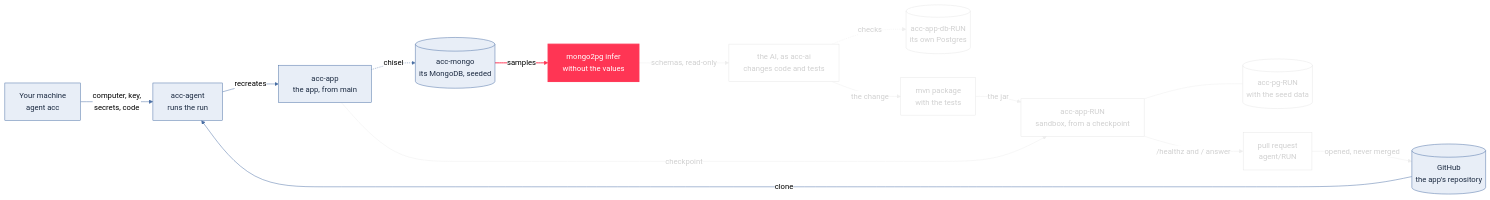
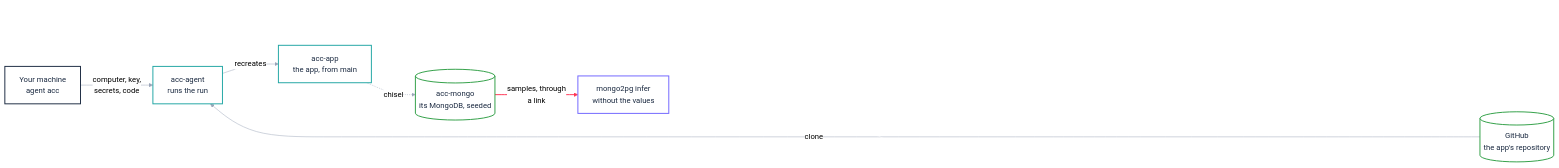
One commit to bertrandcedric/nevia-agent changed diagram 12 of 17 in docs/presentation.md. Above: the diagram before and after it, drawn with Mermaid (neutral theme). The commit also changed other lines of this file and 7 other files, not shown here.

````diff
--- a/docs/presentation.md
+++ b/docs/presentation.md
@@ -531,47 +817,51 @@
 ```mermaid
 flowchart LR
     you["Your machine<br/>agent acc"]
     agent["acc-agent<br/>runs the run"]
     gh[("GitHub<br/>the app's repository")]
     app["acc-app<br/>the app, from main"]
     mongo[("acc-mongo<br/>its MongoDB, seeded")]
     infer["mongo2pg infer<br/>without the values"]
     ai["the AI, as acc-ai<br/>changes code and tests"]
-    dev[("acc-app-db-RUN<br/>its own Postgres")]
-    build["mvn package<br/>with the tests"]
+    build["Build<br/>the app and its tests"]
     sb["acc-app-RUN<br/>sandbox, from a checkpoint"]
-    sbdb[("acc-pg-RUN<br/>with the seed data")]
-    pr["pull request<br/>agent/RUN"]
+    sbdb[("acc-pg-RUN<br/>the AI's postgres-init")]
+    pr["pull request<br/>from agent/RUN"]
     you -->|"computer, key,<br/>secrets, code"| agent
     gh -->|"clone"| agent
     agent -->|"recreates"| app
     app -.->|"chisel"| mongo
-    mongo -->|"samples"| infer
+    mongo -->|"samples, through<br/>a link"| infer
     infer -->|"schemas, read-only"| ai
-    ai -.->|"checks"| dev
+    gh -->|"the clone"| ai
     ai -->|"the change"| build
     app -->|"checkpoint"| sb
     build -->|"the jar"| sb
     sb --- sbdb
     sb -->|"/healthz and / answer"| pr
     pr -->|"opened, never merged"| gh
-    classDef now fill:#ff3554,stroke:#ff3554,color:#fff,stroke-width:2px
-    classDef done fill:#e8eef7,stroke:#4a6fa5,color:#1b2a41
-    classDef todo fill:#fff,stroke:#e6e6e6,color:#d0d0d0
-    class infer now
-    class you,agent,gh,app,mongo done
-    class ai,dev,build,sb,sbdb,pr todo
-    linkStyle 0 stroke:#4a6fa5
-    linkStyle 1 stroke:#4a6fa5
-    linkStyle 2 stroke:#4a6fa5
-    linkStyle 3 stroke:#4a6fa5
+    classDef kyou fill:#fff,stroke:#1b2a41,color:#1b2a41,stroke-width:2px
+    classDef kcomputer fill:#fff,stroke:#1fa5a3,color:#1b2a41,stroke-width:2px
+    classDef kdb fill:#fff,stroke:#2e9e44,color:#1b2a41,stroke-width:2px
+    classDef kai fill:#fff,stroke:#6f64ff,color:#1b2a41,stroke-width:2px
+    classDef kresult fill:#fff,stroke:#e8833a,color:#1b2a41,stroke-width:2px
+    classDef todo fill:#fff,stroke:#fff,color:#fff
+    class you kyou
+    class agent,app kcomputer
+    class gh,mongo kdb
+    class infer kai
+    class ai,build,sb,sbdb,pr todo
+    linkStyle 0 stroke:#9aa5b8
+    linkStyle 1 stroke:#9aa5b8
+    linkStyle 2 stroke:#9aa5b8
+    linkStyle 3 stroke:#9aa5b8
     linkStyle 4 stroke:#ff3554,stroke-width:2px
-    linkStyle 5 stroke:#eeeeee,color:#d0d0d0
-    linkStyle 6 stroke:#eeeeee,color:#d0d0d0
-    linkStyle 7 stroke:#eeeeee,color:#d0d0d0
-    linkStyle 8 stroke:#eeeeee,color:#d0d0d0
-    linkStyle 9 stroke:#eeeeee,color:#d0d0d0
-    linkStyle 10 stroke:#eeeeee,color:#d0d0d0
-    linkStyle 11 stroke:#eeeeee,color:#d0d0d0
-    linkStyle 12 stroke:#eeeeee,color:#d0d0d0
+    linkStyle 5 stroke:#fff,color:#fff
+    linkStyle 6 stroke:#fff,color:#fff
+    linkStyle 7 stroke:#fff,color:#fff
+    linkStyle 8 stroke:#fff,color:#fff
+    linkStyle 9 stroke:#fff,color:#fff
+    linkStyle 10 stroke:#fff,color:#fff
+    linkStyle 11 stroke:#fff,color:#fff
+    linkStyle 12 stroke:#fff,color:#fff
 ```
````
